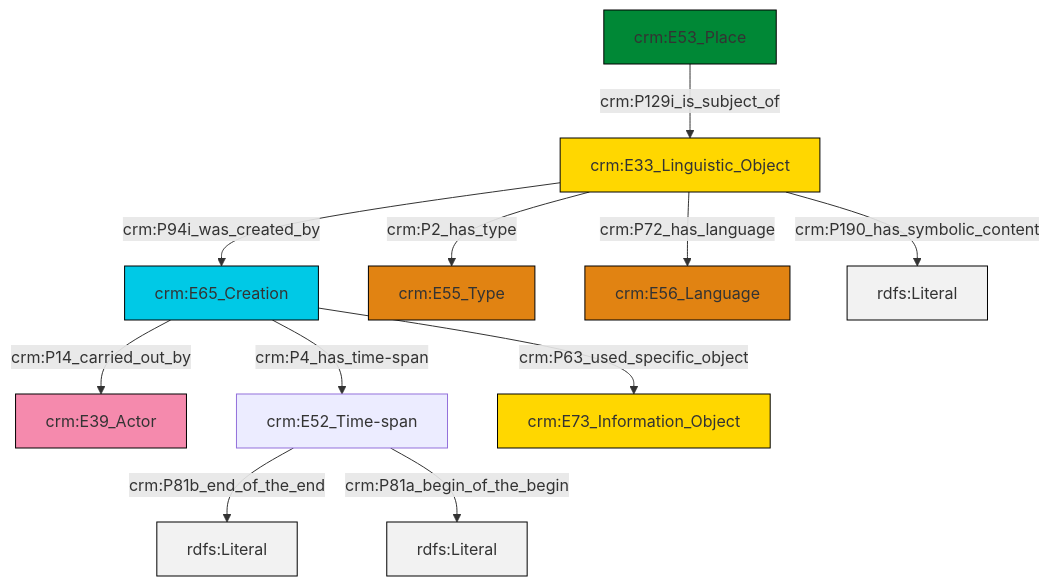
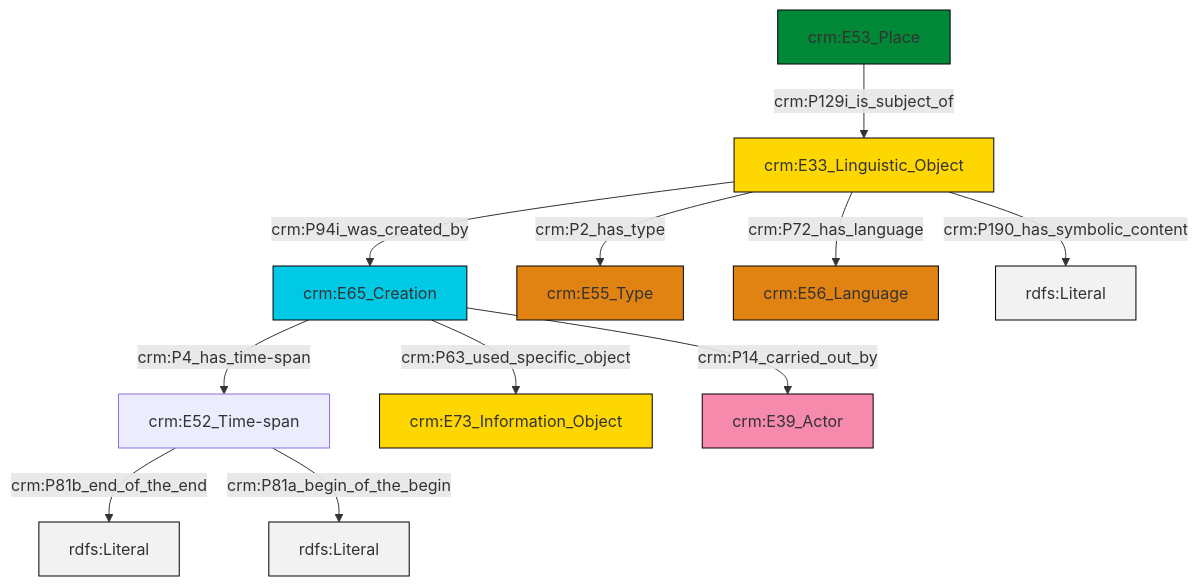
One commit to swiss-art-research-net/docs.swissartresearch changed the diagram in et/placeCSV/ttl/mmd/place_description.ttl.mmd. Above: the diagram before and after it, drawn with Mermaid. The commit also changed 179 other files, not shown here.

```diff
--- a/et/placeCSV/ttl/mmd/place_description.ttl.mmd
+++ b/et/placeCSV/ttl/mmd/place_description.ttl.mmd
@@ -1,25 +1,25 @@
 graph TD
 classDef Literal fill:#f2f2f2,stroke:#000000;
 classDef CRM_Entity fill:#FFFFFF,stroke:#000000;
 classDef Temporal_Entity fill:#00C9E6, stroke:#000000;
 classDef Type fill:#E18312, stroke:#000000;
 classDef Time-Span fill:#2C9C91, stroke:#000000;
 classDef Appellation fill:#FFEB7F, stroke:#000000;
 classDef Place fill:#008836, stroke:#000000;
 classDef Persistent_Item fill:#B266B2, stroke:#000000;
 classDef Conceptual_Object fill:#FFD700, stroke:#000000;
 classDef Physical_Thing fill:#D2B48C, stroke:#000000;
 classDef Actor fill:#f58aad, stroke:#000000;
 classDef PC_Classes fill:#4ce600, stroke:#000000;
 classDef Multi fill:#cccccc,stroke:#000000;
 
-0["crm:E65_Creation"]:::Temporal_Entity -->|crm:P14_carried_out_by| 1["crm:E39_Actor"]:::Actor
-2["crm:E53_Place"]:::Place -->|crm:P129i_is_subject_of| 3["crm:E33_Linguistic_Object"]:::Conceptual_Object
-3["crm:E33_Linguistic_Object"]:::Conceptual_Object -->|crm:P94i_was_created_by| 0["crm:E65_Creation"]:::Temporal_Entity
-3["crm:E33_Linguistic_Object"]:::Conceptual_Object -->|crm:P2_has_type| 6["crm:E55_Type"]:::Type
-7["crm:E52_Time-span"]:::Default -->|crm:P81b_end_of_the_end| 11[rdfs:Literal]:::Literal
-0["crm:E65_Creation"]:::Temporal_Entity -->|crm:P4_has_time-span| 7["crm:E52_Time-span"]:::Default
-0["crm:E65_Creation"]:::Temporal_Entity -->|crm:P63_used_specific_object| 13["crm:E73_Information_Object"]:::Conceptual_Object
-3["crm:E33_Linguistic_Object"]:::Conceptual_Object -->|crm:P72_has_language| 9["crm:E56_Language"]:::Type
-7["crm:E52_Time-span"]:::Default -->|crm:P81a_begin_of_the_begin| 15[rdfs:Literal]:::Literal
-3["crm:E33_Linguistic_Object"]:::Conceptual_Object -->|crm:P190_has_symbolic_content| 17[rdfs:Literal]:::Literal
+2["crm:E53_Place"]:::Place -->|crm:P129i_is_subject_of| 0["crm:E33_Linguistic_Object"]:::Conceptual_Object
+3["crm:E65_Creation"]:::Temporal_Entity -->|crm:P4_has_time-span| 4["crm:E52_Time-span"]:::Default
+0["crm:E33_Linguistic_Object"]:::Conceptual_Object -->|crm:P2_has_type| 6["crm:E55_Type"]:::Type
+4["crm:E52_Time-span"]:::Default -->|crm:P81b_end_of_the_end| 7[rdfs:Literal]:::Literal
+3["crm:E65_Creation"]:::Temporal_Entity -->|crm:P63_used_specific_object| 12["crm:E73_Information_Object"]:::Conceptual_Object
+3["crm:E65_Creation"]:::Temporal_Entity -->|crm:P14_carried_out_by| 15["crm:E39_Actor"]:::Actor
+0["crm:E33_Linguistic_Object"]:::Conceptual_Object -->|crm:P190_has_symbolic_content| 16[rdfs:Literal]:::Literal
+4["crm:E52_Time-span"]:::Default -->|crm:P81a_begin_of_the_begin| 17[rdfs:Literal]:::Literal
+0["crm:E33_Linguistic_Object"]:::Conceptual_Object -->|crm:P72_has_language| 8["crm:E56_Language"]:::Type
+0["crm:E33_Linguistic_Object"]:::Conceptual_Object -->|crm:P94i_was_created_by| 3["crm:E65_Creation"]:::Temporal_Entity
```
